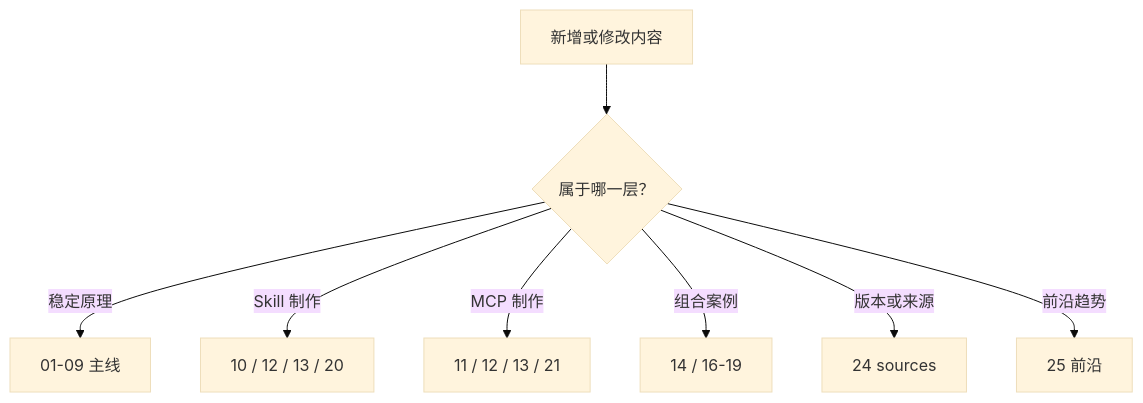
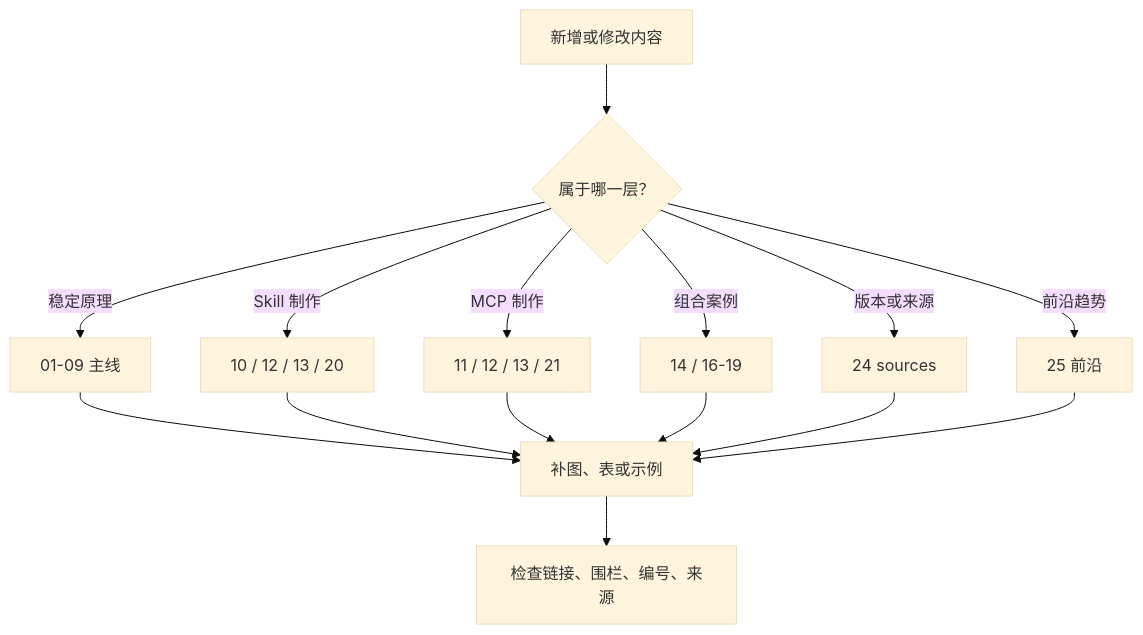
Before and after one commit to FoLaJJ/agent-systems-notes: the diagram in docs/23-maintenance-guide.md, drawn with Mermaid (base theme). The commit also changed other lines of this file and 13 other files, not shown here.

Commit message:
Refine Mermaid diagram layouts

````diff
--- a/docs/23-maintenance-guide.md
+++ b/docs/23-maintenance-guide.md
@@ -35,10 +35,17 @@
 ```mermaid
 flowchart TD
     A["新增或修改内容"] --> B{"属于哪一层？"}
     B -->|稳定原理| C["01-09 主线"]
     B -->|Skill 制作| D["10 / 12 / 13 / 20"]
     B -->|MCP 制作| E["11 / 12 / 13 / 21"]
     B -->|组合案例| F["14 / 16-19"]
     B -->|版本或来源| G["24 sources"]
     B -->|前沿趋势| J["25 前沿"]
+    C --> H["补图、表或示例"]
+    D --> H
+    E --> H
+    F --> H
+    G --> H
+    J --> H
+    H --> I["检查链接、围栏、编号、来源"]
 ```
````
